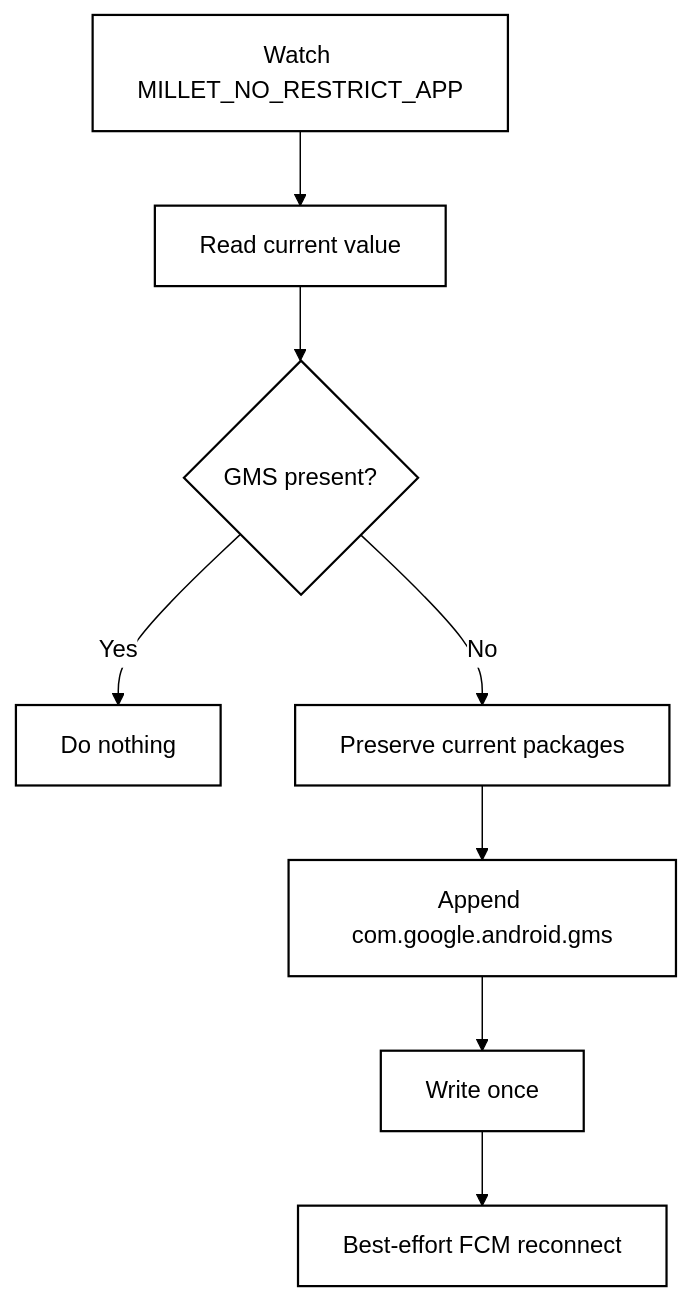
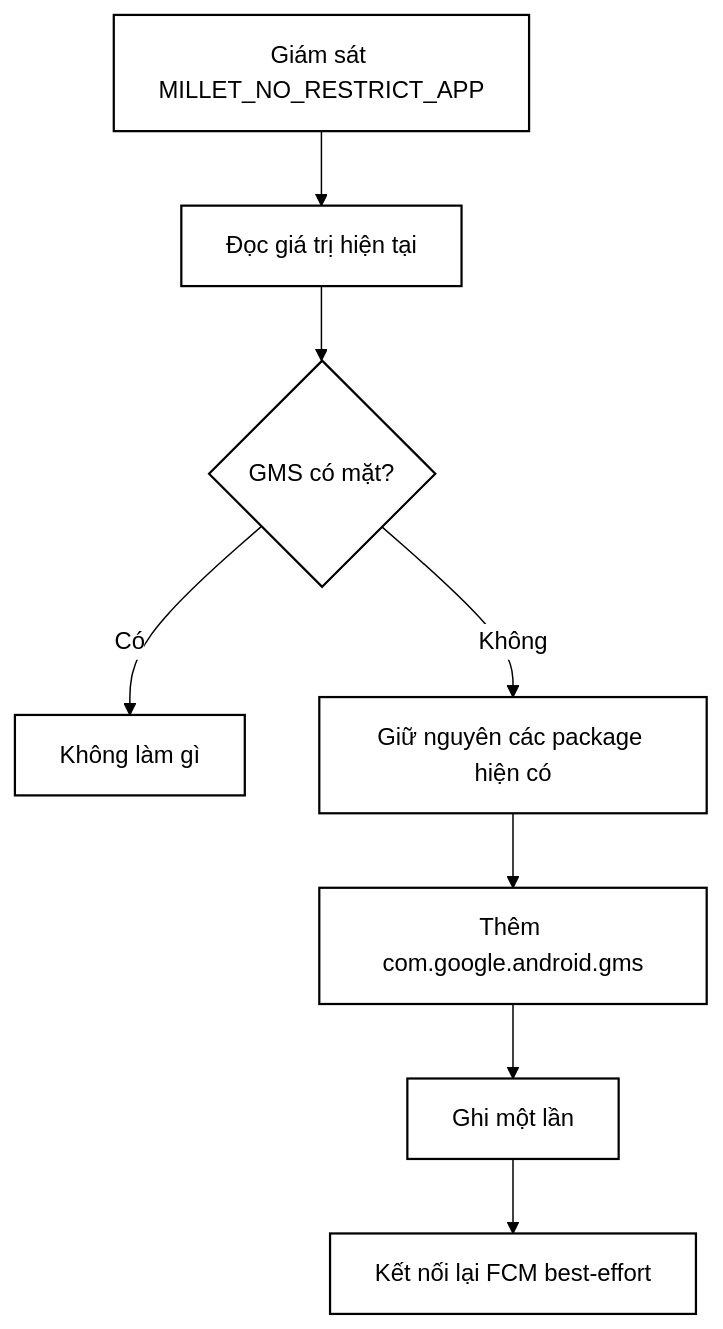
Before and after one commit to longhangoc/FCMGuard-HyperOS: the diagram in README.md, drawn with Mermaid. The commit also changed other lines of this file and 3 other files, not shown here.

````diff
--- a/README.md
+++ b/README.md
@@ -63,13 +63,13 @@
 ```mermaid
 %%{init: {'theme':'base','themeVariables': {'background':'#ffffff','primaryColor':'#ffffff','primaryTextColor':'#000000','primaryBorderColor':'#000000','lineColor':'#000000'}}}%%
 flowchart TD
-    A[Watch MILLET_NO_RESTRICT_APP] --> B[Read current value]
-    B --> C{GMS present?}
-    C -- Yes --> D[Do nothing]
-    C -- No --> E[Preserve current packages]
-    E --> F[Append com.google.android.gms]
-    F --> G[Write once]
-    G --> H[Best-effort FCM reconnect]
+    A[Giám sát MILLET_NO_RESTRICT_APP] --> B[Đọc giá trị hiện tại]
+    B --> C{GMS có mặt?}
+    C -- Có --> D[Không làm gì]
+    C -- Không --> E[Giữ nguyên các package hiện có]
+    E --> F[Thêm com.google.android.gms]
+    F --> G[Ghi một lần]
+    G --> H[Kết nối lại FCM best-effort]
     classDef bw fill:#ffffff,stroke:#000000,color:#000000,stroke-width:1.5px;
     class A,B,C,D,E,F,G,H bw;
 ```
````
